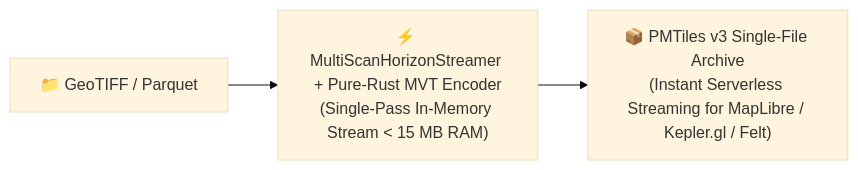
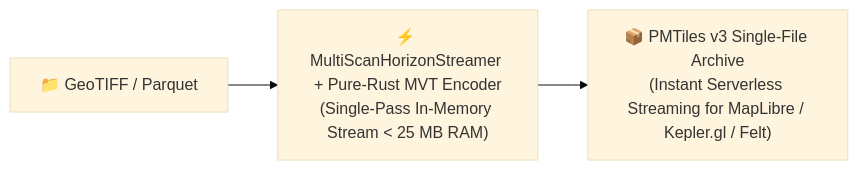
One commit to dmuldrew/raster_h3 changed the second of 3 diagrams in README.md. Above: the diagram before and after it, drawn with Mermaid (base theme). The commit also changed other lines of this file, not shown here.

````diff
--- a/README.md
+++ b/README.md
@@ -548,5 +446,5 @@
 ```mermaid
 flowchart LR
-    R1["📁 GeoTIFF / Parquet"] --> R2["⚡ MultiScanHorizonStreamer + Pure-Rust MVT Encoder\n(Single-Pass In-Memory Stream < 15 MB RAM)"]
+    R1["📁 GeoTIFF / Parquet"] --> R2["⚡ MultiScanHorizonStreamer + Pure-Rust MVT Encoder\n(Single-Pass In-Memory Stream < 25 MB RAM)"]
     R2 --> R3["📦 PMTiles v3 Single-File Archive\n(Instant Serverless Streaming for MapLibre / Kepler.gl / Felt)"]
 ```
````
